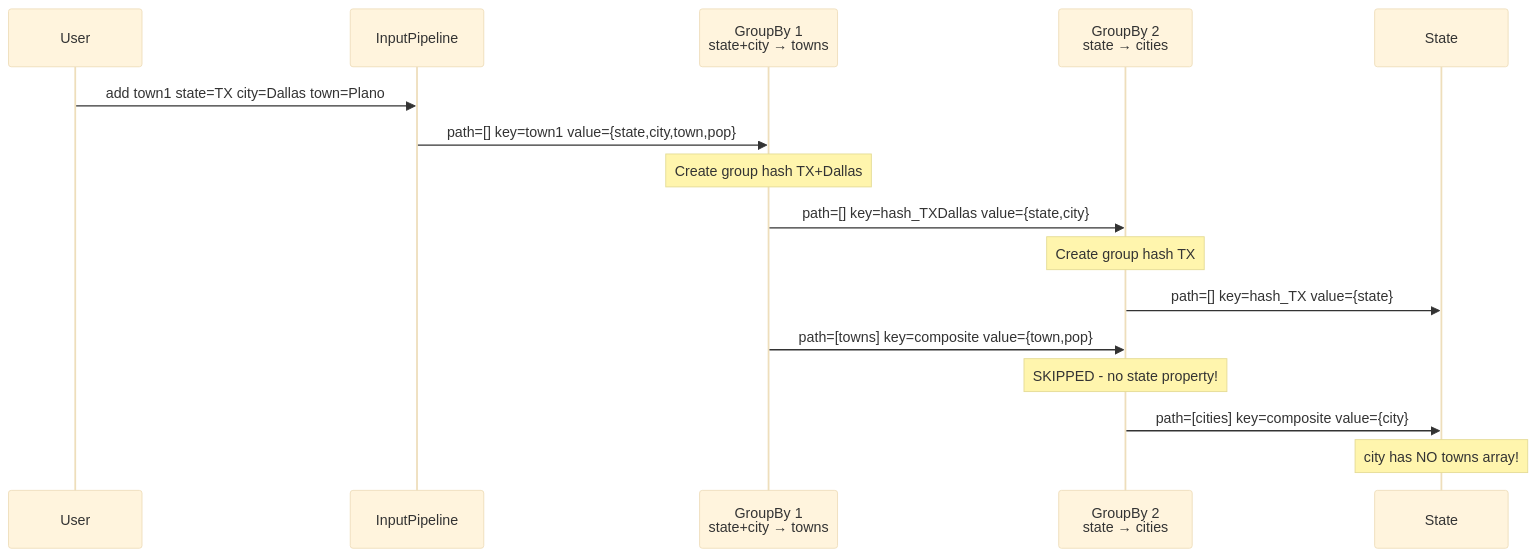
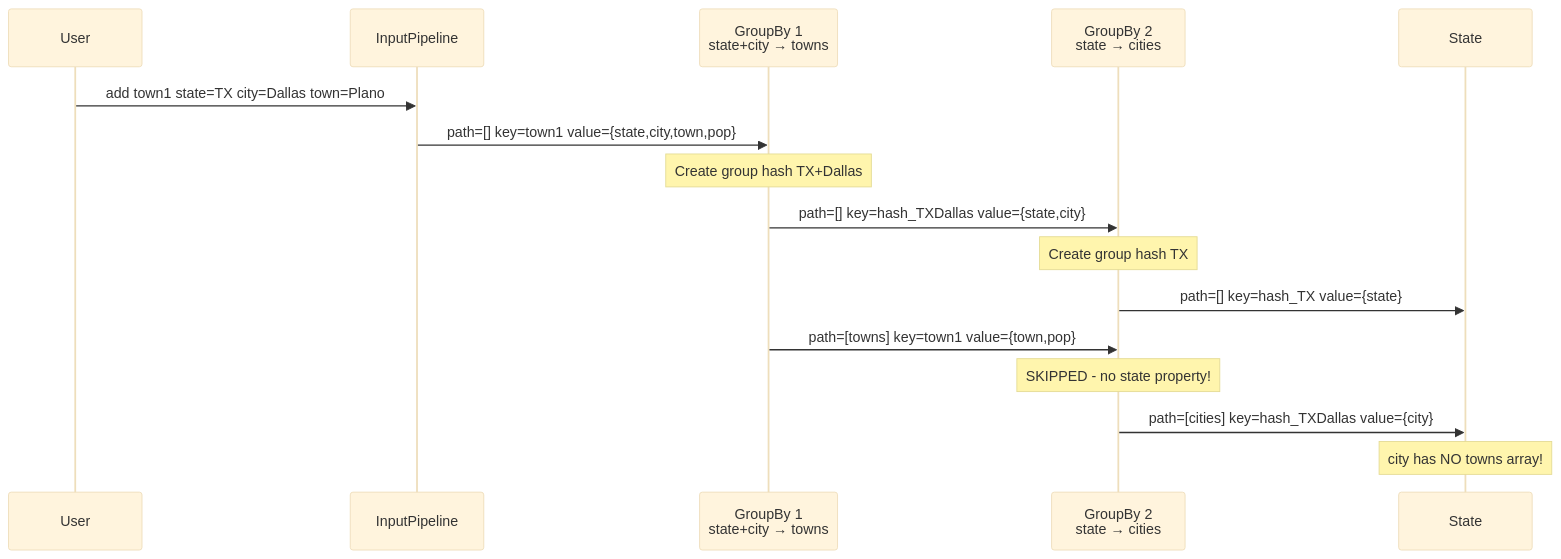
The second of 6 diagrams in docs/nested-groupby-architecture.md (michaellperry/aggregator-toy), drawn with Mermaid (base theme) before and after one commit. The commit also changed other lines of this file and 3 other files, not shown here.

````diff
--- a/docs/nested-groupby-architecture.md
+++ b/docs/nested-groupby-architecture.md
@@ -136,22 +136,22 @@
 ```mermaid
 sequenceDiagram
     participant User
     participant Input as InputPipeline
     participant GB1 as GroupBy 1<br/>state+city → towns
     participant GB2 as GroupBy 2<br/>state → cities
     participant State
 
     User->>Input: add town1 state=TX city=Dallas town=Plano
     Input->>GB1: path=[] key=town1 value={state,city,town,pop}
     
     Note over GB1: Create group hash TX+Dallas
     GB1->>GB2: path=[] key=hash_TXDallas value={state,city}
     Note over GB2: Create group hash TX
     GB2->>State: path=[] key=hash_TX value={state}
     
-    GB1->>GB2: path=[towns] key=composite value={town,pop}
+    GB1->>GB2: path=[towns] key=town1 value={town,pop}
     Note over GB2: SKIPPED - no state property!
     
-    GB2->>State: path=[cities] key=composite value={city}
+    GB2->>State: path=[cities] key=hash_TXDallas value={city}
     Note over State: city has NO towns array!
 ```
````
